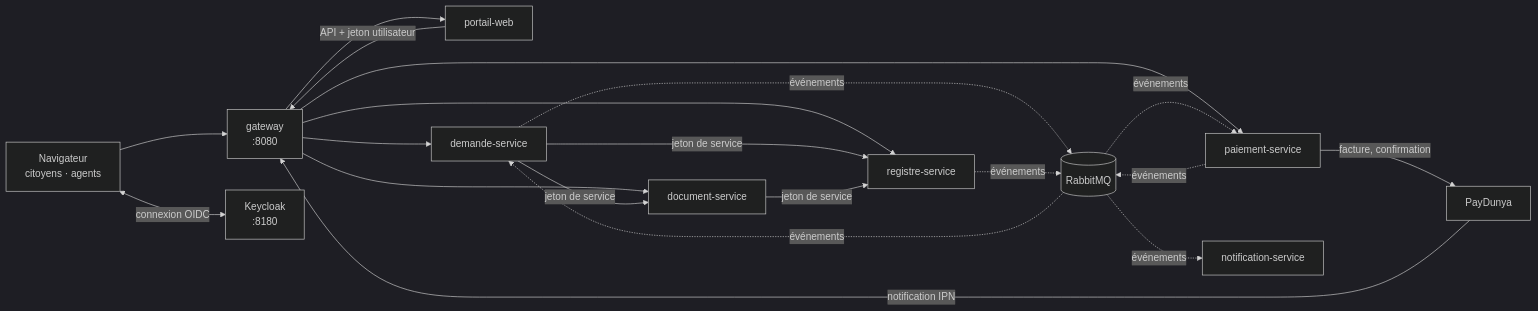
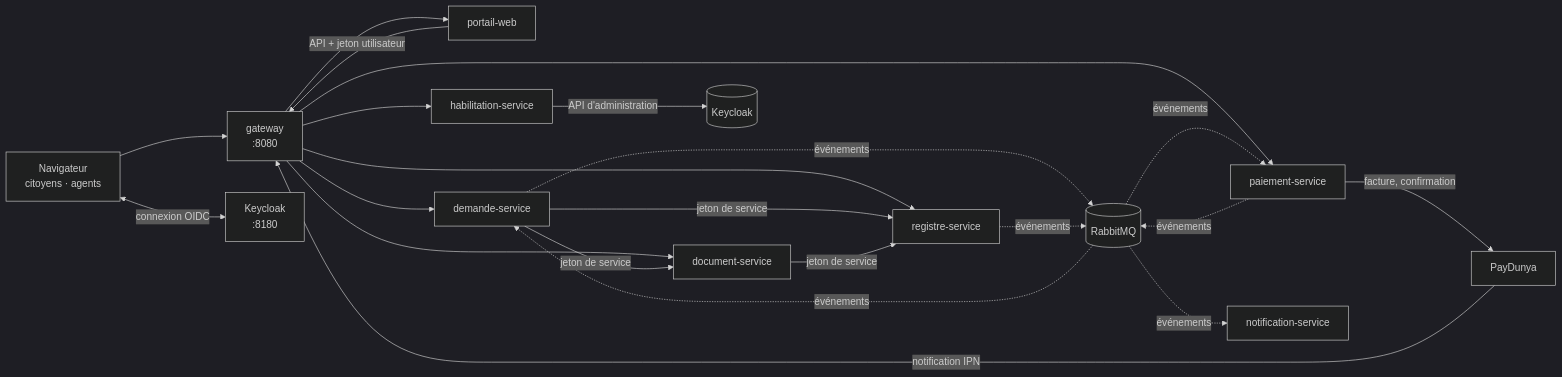
Before and after one commit to AdjaAissatou/E-Civil: the first of 2 diagrams in README.md, drawn with Mermaid (dark theme). The commit also changed other lines of this file and 15 other files, not shown here.

````diff
--- a/README.md
+++ b/README.md
@@ -12,18 +12,20 @@
 ```mermaid
 flowchart LR
     N[Navigateur<br/>citoyens · agents] --> G[gateway<br/>:8080]
     PD[PayDunya] -->|notification IPN| G
     N <-->|connexion OIDC| K[Keycloak<br/>:8180]
     G --> P[portail-web]
     G --> D[demande-service]
     G --> PA[paiement-service]
     G --> R[registre-service]
     G --> DOC[document-service]
+    G --> H[habilitation-service]
+    H -->|API d'administration| KC[(Keycloak)]
     P -->|API + jeton utilisateur| G
     D -->|jeton de service| R
     D -->|jeton de service| DOC
     DOC -->|jeton de service| R
     PA -->|facture, confirmation| PD
     D & PA & R -. événements .-> MQ[(RabbitMQ)]
     MQ -. événements .-> D & PA & NO[notification-service]
 ```
````
